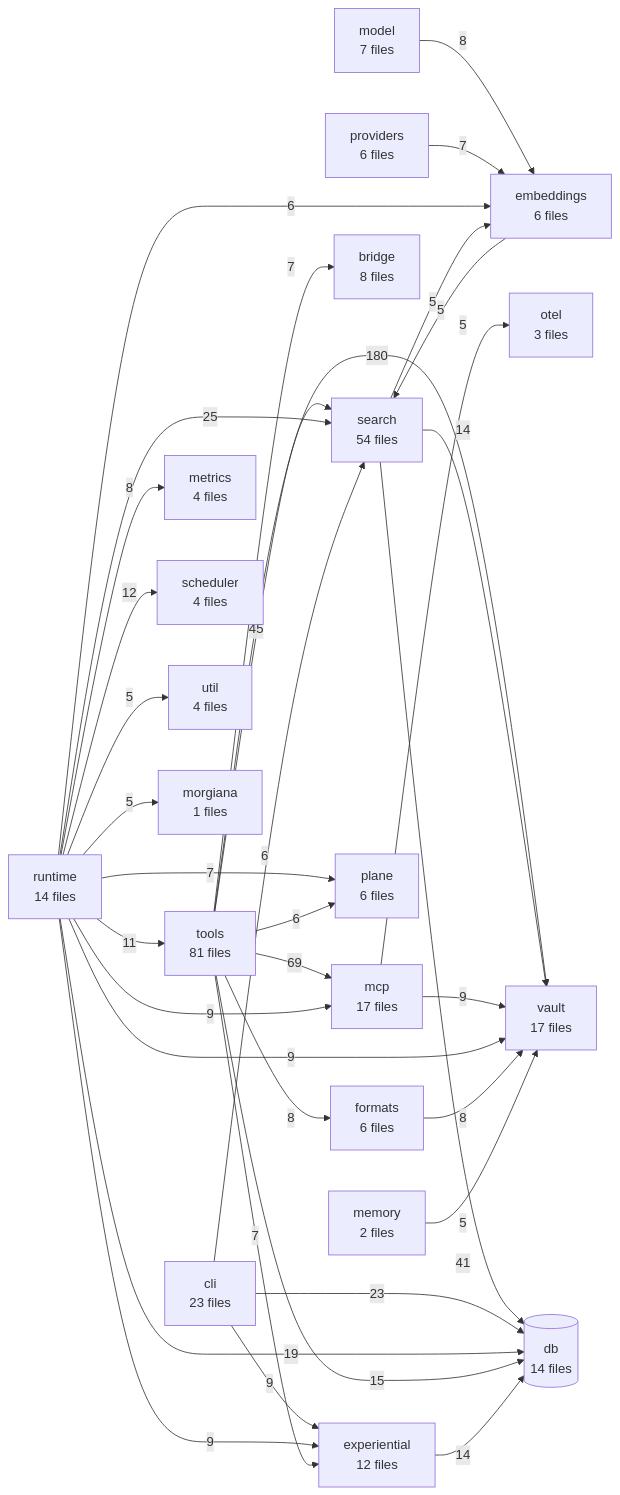
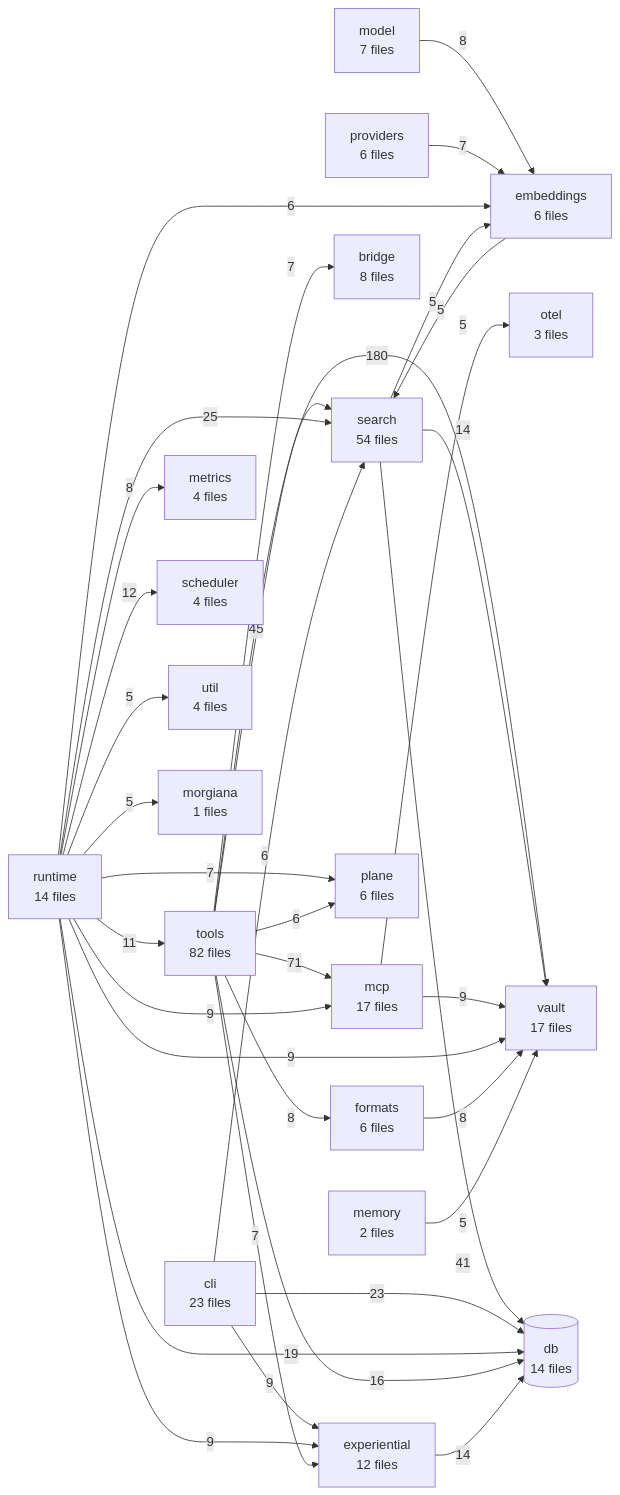
The diagram in TREE.md (The-40-Thieves/obsidian-tc), drawn with Mermaid before and after one commit. The commit also changed other lines of this file and 7 other files, not shown here.

````diff
--- a/TREE.md
+++ b/TREE.md
@@ -298,58 +298,58 @@
 ```mermaid
 flowchart LR
-  tools[tools<br/>81 files]
+  tools[tools<br/>82 files]
   search[search<br/>54 files]
   cli[cli<br/>23 files]
   mcp[mcp<br/>17 files]
   vault[vault<br/>17 files]
   db[(db<br/>14 files)]
   runtime[runtime<br/>14 files]
   experiential[experiential<br/>12 files]
   bridge[bridge<br/>8 files]
   model[model<br/>7 files]
   embeddings[embeddings<br/>6 files]
   formats[formats<br/>6 files]
   plane[plane<br/>6 files]
   providers[providers<br/>6 files]
   metrics[metrics<br/>4 files]
   scheduler[scheduler<br/>4 files]
   util[util<br/>4 files]
   otel[otel<br/>3 files]
   memory[memory<br/>2 files]
   morgiana[morgiana<br/>1 files]
 
   tools -->|180| vault
-  tools -->|69| mcp
+  tools -->|71| mcp
   tools -->|45| search
   search -->|41| db
   runtime -->|25| search
   cli -->|23| db
   runtime -->|19| db
-  tools -->|15| db
+  tools -->|16| db
   experiential -->|14| db
   search -->|14| vault
   runtime -->|12| scheduler
   runtime -->|11| tools
   cli -->|9| experiential
   mcp -->|9| vault
   runtime -->|9| experiential
   runtime -->|9| vault
   runtime -->|9| mcp
   formats -->|8| vault
   model -->|8| embeddings
   runtime -->|8| metrics
   tools -->|8| formats
   providers -->|7| embeddings
   runtime -->|7| plane
   tools -->|7| experiential
   tools -->|7| bridge
   cli -->|6| search
   runtime -->|6| embeddings
   tools -->|6| plane
   embeddings -->|5| search
   mcp -->|5| otel
   memory -->|5| vault
   runtime -->|5| util
   runtime -->|5| morgiana
   search -->|5| embeddings
 ```
````
